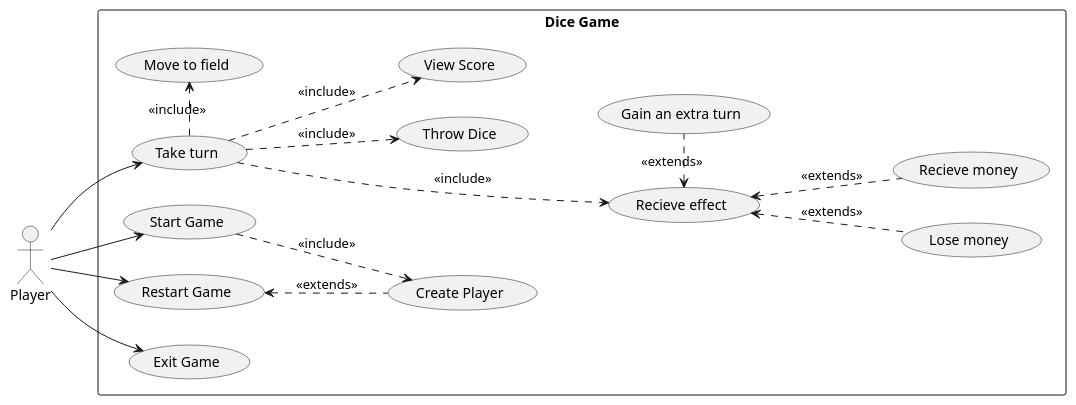
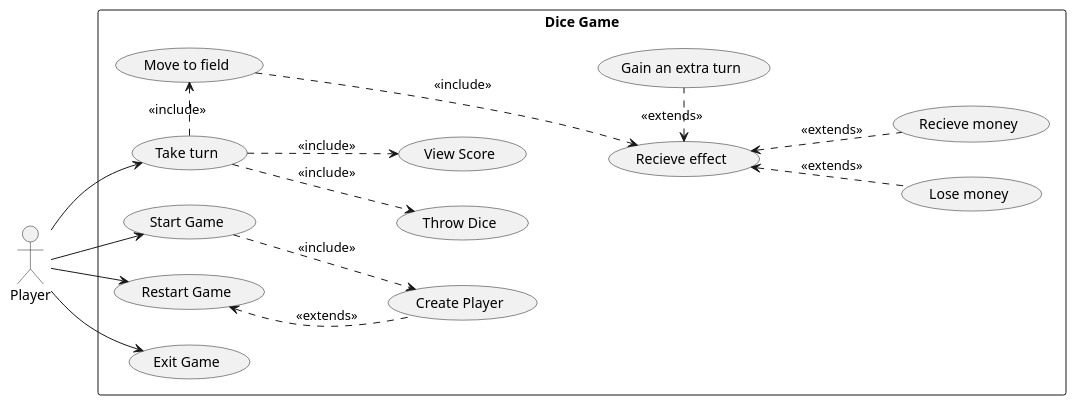
The diagram in src/main/resources/UseCaseDiagram.puml (PhilipCramer/CDIO_del2), drawn with PlantUML before and after one commit.

Commit message:
Modified UseCase Diagram

```diff
--- a/src/main/resources/UseCaseDiagram.puml
+++ b/src/main/resources/UseCaseDiagram.puml
@@ -1,32 +1,32 @@
 @startuml UseCaseDiagram
 left to right direction
 actor "Player" as p
 rectangle "Dice Game" {
   usecase "Start Game" as UC1
   usecase "Create Player" as UC2
   usecase "Take turn" as UC12
   usecase "Throw Dice" as UC3
   usecase "Move to field" as UC4
   usecase "Recieve effect" as UC5
   usecase "Lose money" as UC6
   usecase "Recieve money" as UC7
   usecase "Gain an extra turn" as UC8
   usecase "View Score" as UC9
   usecase "Restart Game" as UC10
   usecase "Exit Game" as UC11
 }
 p --> UC1
 UC1 ..> UC2 : <<include>> 
 UC12 .> UC4 : <<include>>
 UC5 <.. UC7 : <<extends>>
 UC5 <.. UC6 : <<extends>>
 UC5 <. UC8 : <<extends>>
 UC12 ..> UC9 : <<include>>
-UC12 ...> UC5 : <<include>>
+UC4 ...> UC5 : <<include>>
 p --> UC10
 UC10 <.. UC2 : <<extends>>
 p --> UC11
 p --> UC12
 UC12 ..> UC3 : <<include>>
 
 @enduml
```
